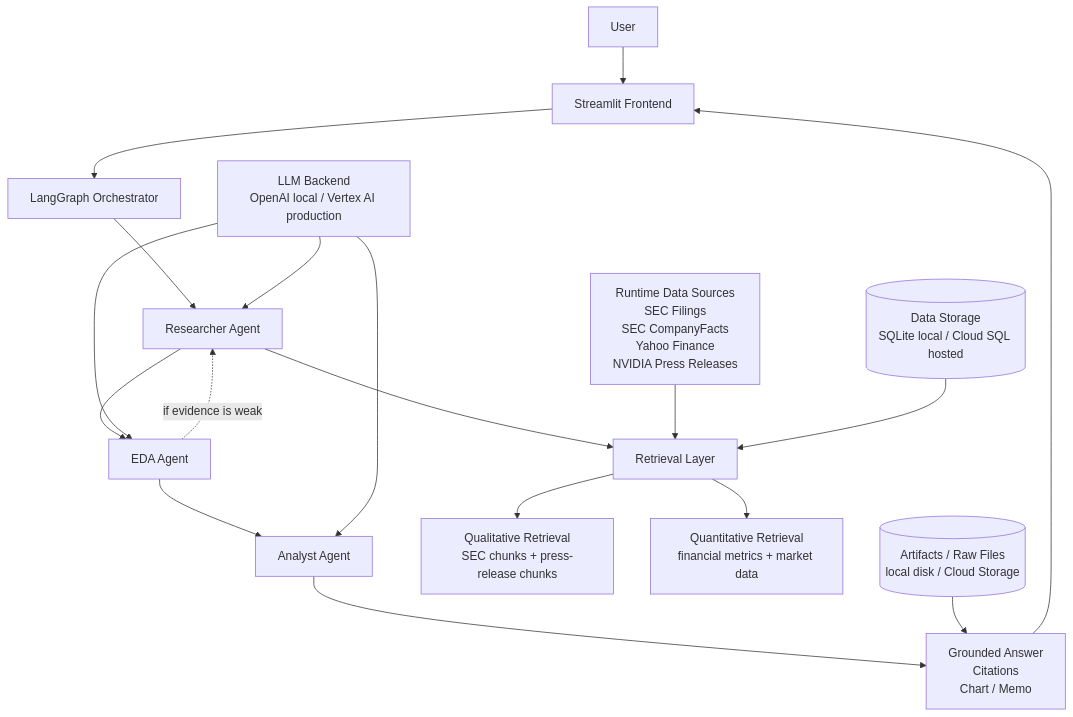
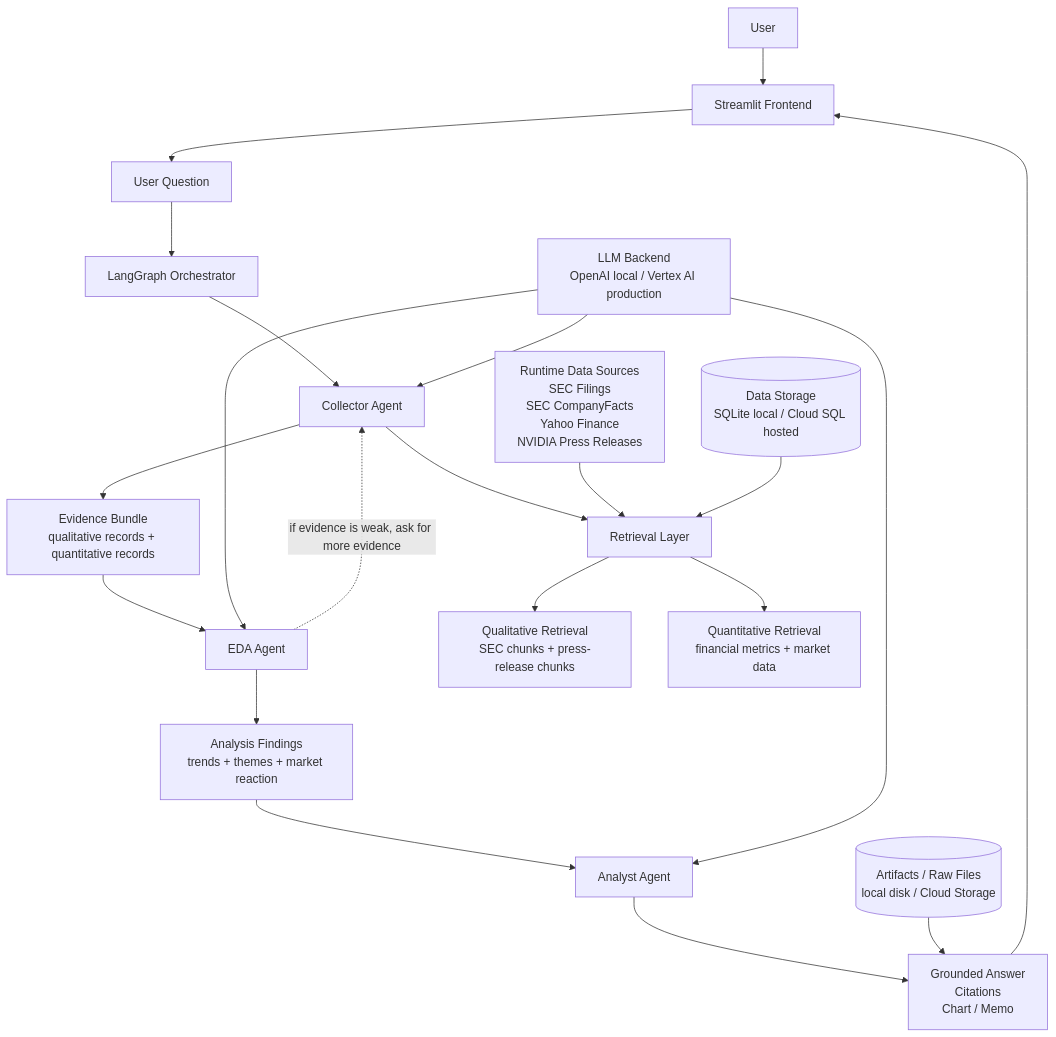
The diagram in README.md (Zenpyhr/Company_DeepResearch_Analyst), drawn with Mermaid before and after one commit. The commit also changed other lines of this file and 6 other files, not shown here.

Commit message:
Change Collector Agent's name and readme

````diff
--- a/README.md
+++ b/README.md
@@ -23,24 +23,37 @@
 ```mermaid
 flowchart TD
     U[User]
     UI[Streamlit Frontend]
     O[LangGraph Orchestrator]
-    R[Researcher Agent]
+    C[Collector Agent]
     E[EDA Agent]
     A[Analyst Agent]
     OUT[Grounded Answer<br/>Citations<br/>Chart / Memo]
 
-    U --> UI --> O --> R --> E --> A --> OUT --> UI
-    E -. if evidence is weak .-> R
+    Q[User Question]
+    EB[Evidence Bundle<br/>qualitative records + quantitative records]
+    AF[Analysis Findings<br/>trends + themes + market reaction]
 
-    R --> Q[Retrieval Layer]
-    Q --> QR[Qualitative Retrieval<br/>SEC chunks + press-release chunks]
-    Q --> QN[Quantitative Retrieval<br/>financial metrics + market data]
+    U --> UI
+    UI --> Q
+    Q --> O
+    O --> C
+    C --> EB
+    EB --> E
+    E --> AF
+    AF --> A
+    A --> OUT
+    OUT --> UI
+    E -. if evidence is weak, ask for more evidence .-> C
 
-    S[Runtime Data Sources<br/>SEC Filings<br/>SEC CompanyFacts<br/>Yahoo Finance<br/>NVIDIA Press Releases] --> Q
-    D[(Data Storage<br/>SQLite local / Cloud SQL hosted)] --> Q
+    C --> RL[Retrieval Layer]
+    RL --> QR[Qualitative Retrieval<br/>SEC chunks + press-release chunks]
+    RL --> QN[Quantitative Retrieval<br/>financial metrics + market data]
+
+    S[Runtime Data Sources<br/>SEC Filings<br/>SEC CompanyFacts<br/>Yahoo Finance<br/>NVIDIA Press Releases] --> RL
+    D[(Data Storage<br/>SQLite local / Cloud SQL hosted)] --> RL
     F[(Artifacts / Raw Files<br/>local disk / Cloud Storage)] --> OUT
-    L[LLM Backend<br/>OpenAI local / Vertex AI production] --> R
+    L[LLM Backend<br/>OpenAI local / Vertex AI production] --> C
     L --> E
     L --> A
 ```
````
